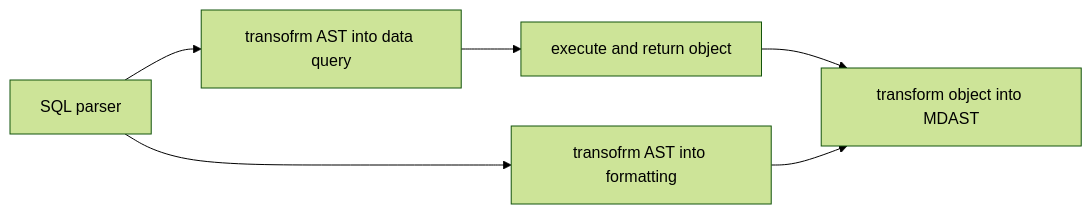
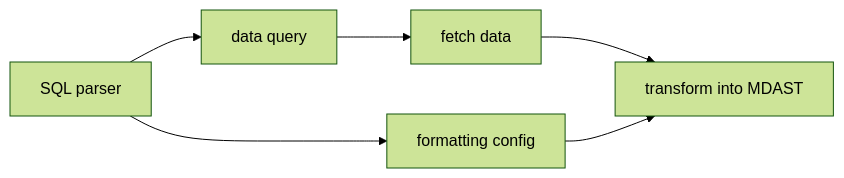
Before and after one commit to stereobooster/braindb: the diagram in packages/docs/src/content/docs/notes/dataview.md, drawn with Mermaid (forest theme). The commit also changed other lines of this file and 1 other file, not shown here.

````diff
--- a/packages/docs/src/content/docs/notes/dataview.md
+++ b/packages/docs/src/content/docs/notes/dataview.md
@@ -70,5 +48,5 @@
 ```mermaid
 flowchart LR
-    s[SQL parser] --> t[transofrm AST into data query] --> e[execute and return object] --> tm[transform object into MDAST]
-    s --> t1[transofrm AST into formatting] --> tm
+    s[SQL parser] --> t[data query] --> e[fetch data] --> tm[transform into MDAST]
+    s --> t1[formatting config] --> tm
 ```
````
